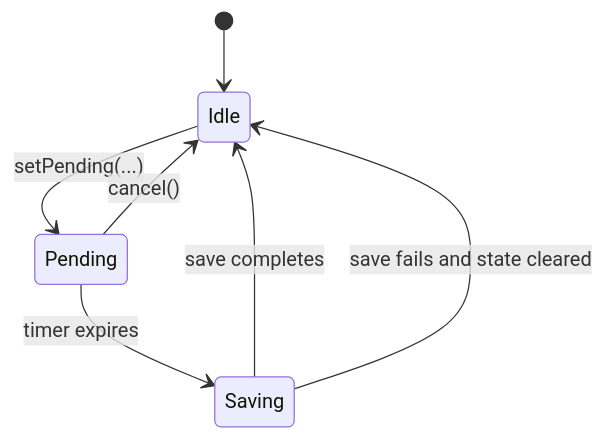
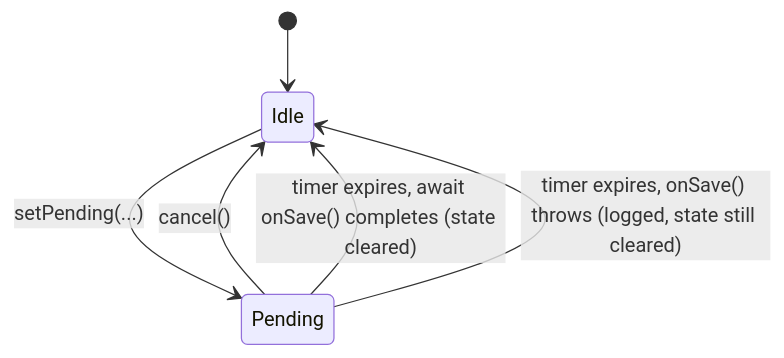
The third of 3 diagrams in lib/features/checklist/README.md (matthiasn/lotti), drawn with Mermaid before and after one commit. The commit also changed other lines of this file and 43 other files, not shown here.

````diff
--- a/lib/features/checklist/README.md
+++ b/lib/features/checklist/README.md
@@ -71,9 +83,8 @@
 ```mermaid
 stateDiagram-v2
   [*] --> Idle
   Idle --> Pending: setPending(...)
   Pending --> Idle: cancel()
-  Pending --> Saving: timer expires
-  Saving --> Idle: save completes
-  Saving --> Idle: save fails and state cleared
+  Pending --> Idle: timer expires, await onSave() completes (state cleared)
+  Pending --> Idle: timer expires, onSave() throws (logged, state still cleared)
 ```
````
